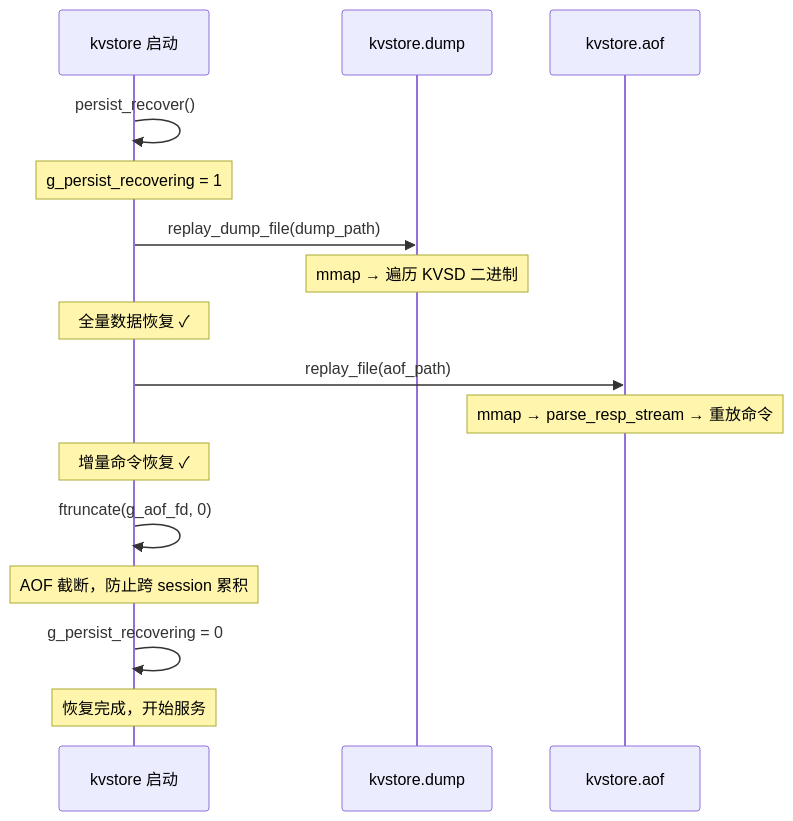
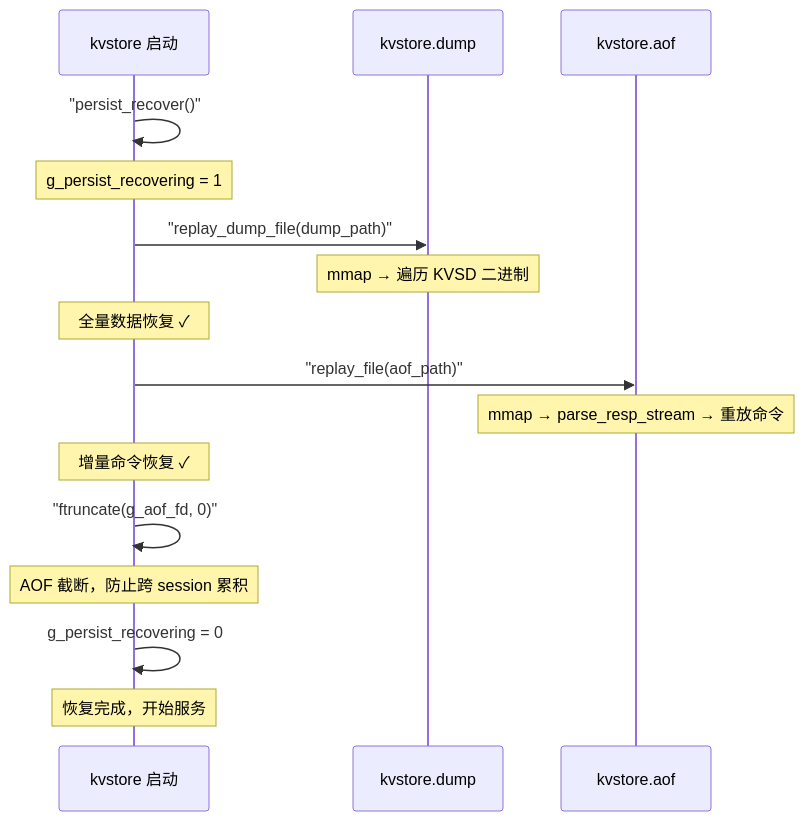
The seventh of 15 diagrams in README.md (robotlover-1/kvstore), drawn with Mermaid before and after one commit. The commit also changed other lines of this file, not shown here.

First line of the commit message:
docs: 修复 mermaid sequence diagram 特殊字符渲染

````diff
--- a/README.md
+++ b/README.md
@@ -1139,23 +1139,23 @@
 ```mermaid
 sequenceDiagram
     participant K as kvstore 启动
     participant D as kvstore.dump
     participant A as kvstore.aof
 
-    K->>K: persist_recover()
+    K->>K: "persist_recover()"
     Note over K: g_persist_recovering = 1
 
-    K->>D: replay_dump_file(dump_path)
+    K->>D: "replay_dump_file(dump_path)"
     Note over D: mmap → 遍历 KVSD 二进制
     Note over K: 全量数据恢复 ✓
 
-    K->>A: replay_file(aof_path)
+    K->>A: "replay_file(aof_path)"
     Note over A: mmap → parse_resp_stream → 重放命令
     Note over K: 增量命令恢复 ✓
 
-    K->>K: ftruncate(g_aof_fd, 0)
+    K->>K: "ftruncate(g_aof_fd, 0)"
     Note over K: AOF 截断，防止跨 session 累积
 
     K->>K: g_persist_recovering = 0
     Note over K: 恢复完成，开始服务
 ```
````
